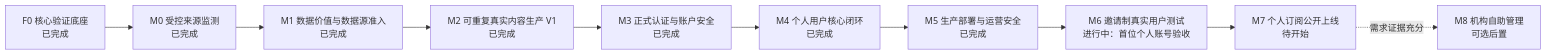
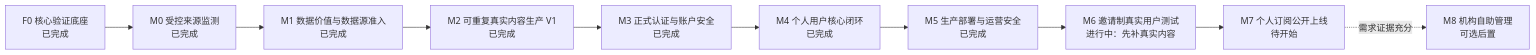
The diagram in docs/10-implementation-plan.md (daiphoon/dealflow-radar), drawn with Mermaid before and after one commit. The commit also changed other lines of this file and 4 other files, not shown here.

````diff
--- a/docs/10-implementation-plan.md
+++ b/docs/10-implementation-plan.md
@@ -23,12 +23,12 @@
 ```mermaid
 flowchart LR
     F0["F0 核心验证底座<br/>已完成"] --> M0["M0 受控来源监测<br/>已完成"]
     M0 --> M1["M1 数据价值与数据源准入<br/>已完成"]
     M1 --> M2["M2 可重复真实内容生产 V1<br/>已完成"]
     M2 --> M3["M3 正式认证与账户安全<br/>已完成"]
     M3 --> M4["M4 个人用户核心闭环<br/>已完成"]
     M4 --> M5["M5 生产部署与运营安全<br/>已完成"]
-    M5 --> M6["M6 邀请制真实用户测试<br/>进行中：首位个人账号验收"]
+    M5 --> M6["M6 邀请制真实用户测试<br/>进行中：先补真实内容"]
     M6 --> M7["M7 个人订阅公开上线<br/>待开始"]
     M7 -."需求证据充分".-> M8["M8 机构自助管理<br/>可选后置"]
 ```
````
